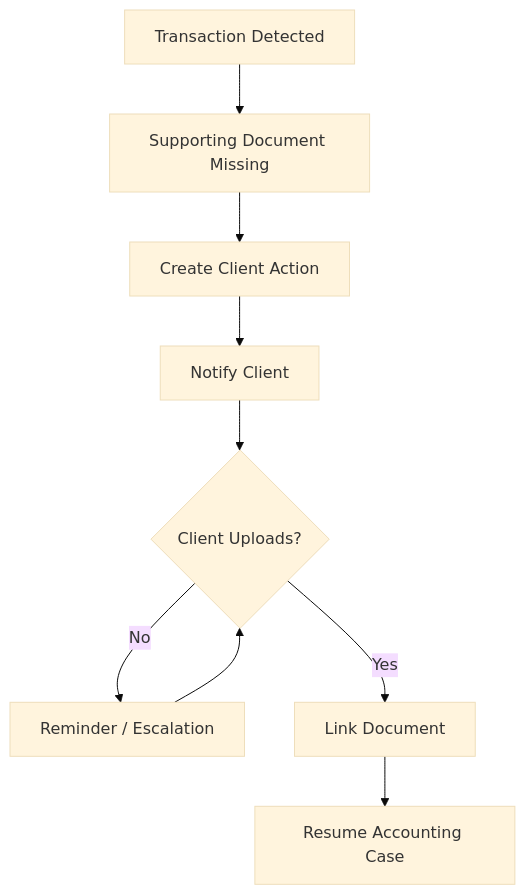
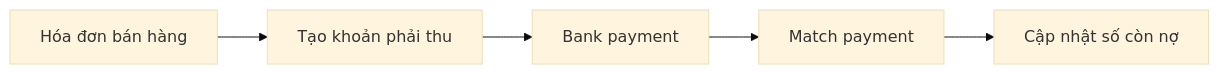
The sixth of 12 diagrams in tdd.md (huynv81/tomtax), drawn with Mermaid (base theme) before and after one commit. The commit also changed other lines of this file, not shown here.

````diff
--- a/tdd.md
+++ b/tdd.md
@@ -405,13 +513,7 @@
 ```mermaid
-flowchart TD
-    A[Transaction Detected] --> B[Supporting Document Missing]
-    B --> C[Create Client Action]
-    C --> D[Notify Client]
-    D --> E{Client Uploads?}
-
-    E -->|No| F[Reminder / Escalation]
-    F --> E
-
-    E -->|Yes| G[Link Document]
-    G --> H[Resume Accounting Case]
+flowchart LR
+    A[Hóa đơn bán hàng] --> B[Tạo khoản phải thu]
+    B --> C[Bank payment]
+    C --> D[Match payment]
+    D --> E[Cập nhật số còn nợ]
 ```
````
